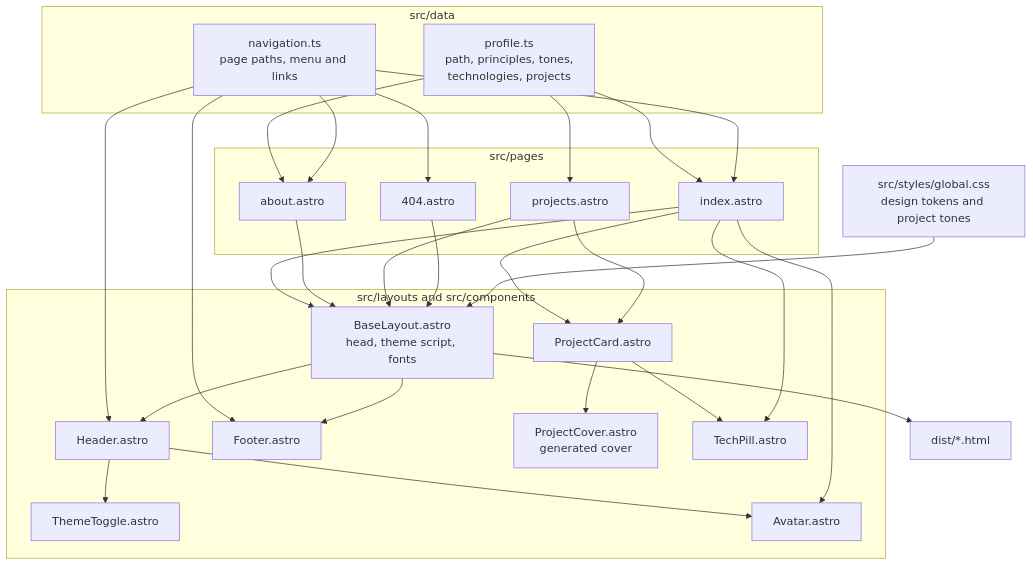
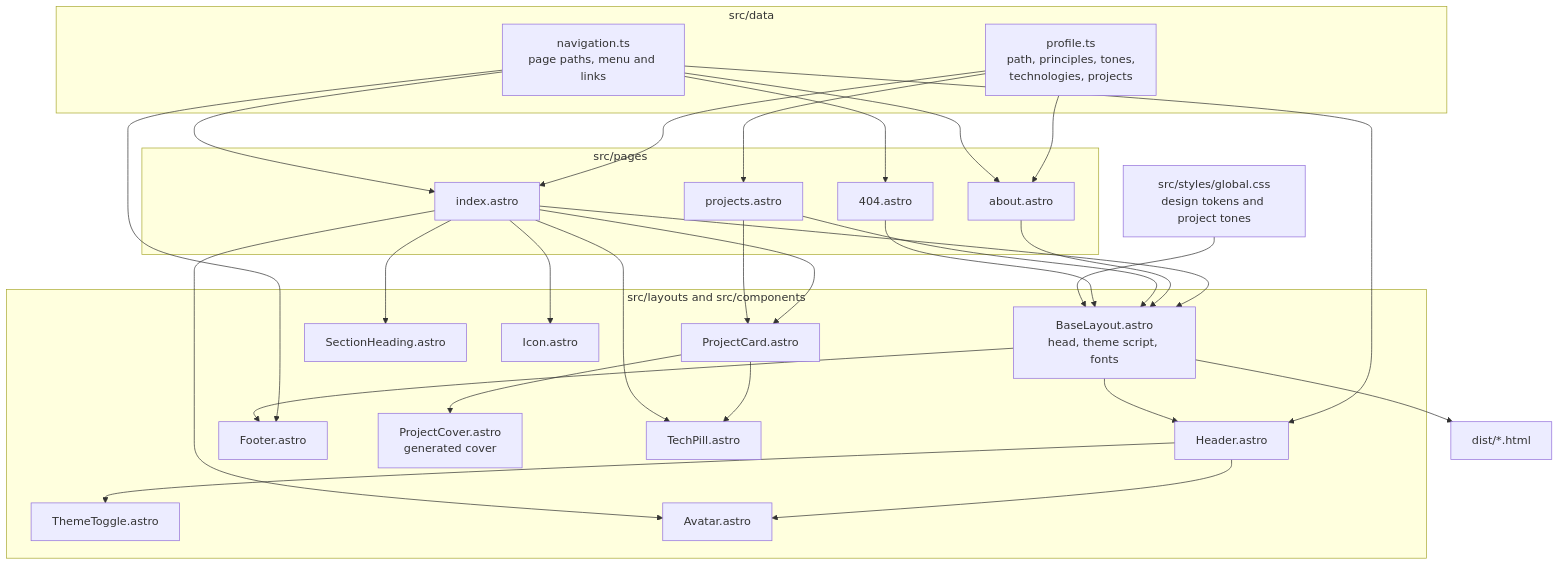
Before and after one commit to zxxdev/zxxdev.github.io: the second of 2 diagrams in docs/architecture.md, drawn with Mermaid. The commit also changed other lines of this file and 5 other files, not shown here.

````diff
--- a/docs/architecture.md
+++ b/docs/architecture.md
@@ -31,49 +31,53 @@
 ```mermaid
 flowchart TB
     subgraph data[src/data]
         N[navigation.ts<br/>page paths, menu and links]
         P[profile.ts<br/>path, principles, tones,<br/>technologies, projects]
     end
     subgraph pages[src/pages]
         I[index.astro]
         AB[about.astro]
         PR[projects.astro]
         NF[404.astro]
     end
     subgraph shell[src/layouts and src/components]
         L[BaseLayout.astro<br/>head, theme script, fonts]
         H[Header.astro]
         F[Footer.astro]
         T[ThemeToggle.astro]
         A[Avatar.astro]
         PC[ProjectCard.astro]
         CV[ProjectCover.astro<br/>generated cover]
         TP[TechPill.astro]
+        SH[SectionHeading.astro]
+        IC[Icon.astro]
     end
     S[src/styles/global.css<br/>design tokens and project tones]
 
     P --> I
     P --> AB
     P --> PR
     N --> H
     N --> F
     N --> I
     N --> AB
     N --> NF
     I --> L
     AB --> L
     PR --> L
     NF --> L
     L --> H
     L --> F
     H --> T
     H --> A
     I --> A
     I --> PC
     PR --> PC
     PC --> CV
     PC --> TP
     I --> TP
+    I --> SH
+    I --> IC
     S --> L
     L --> O[dist/*.html]
 ```
````
